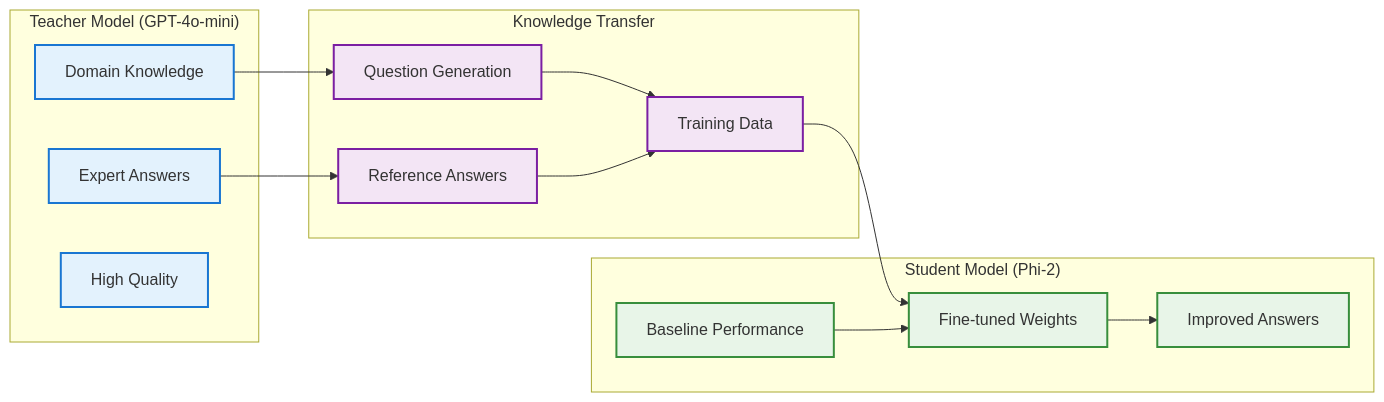
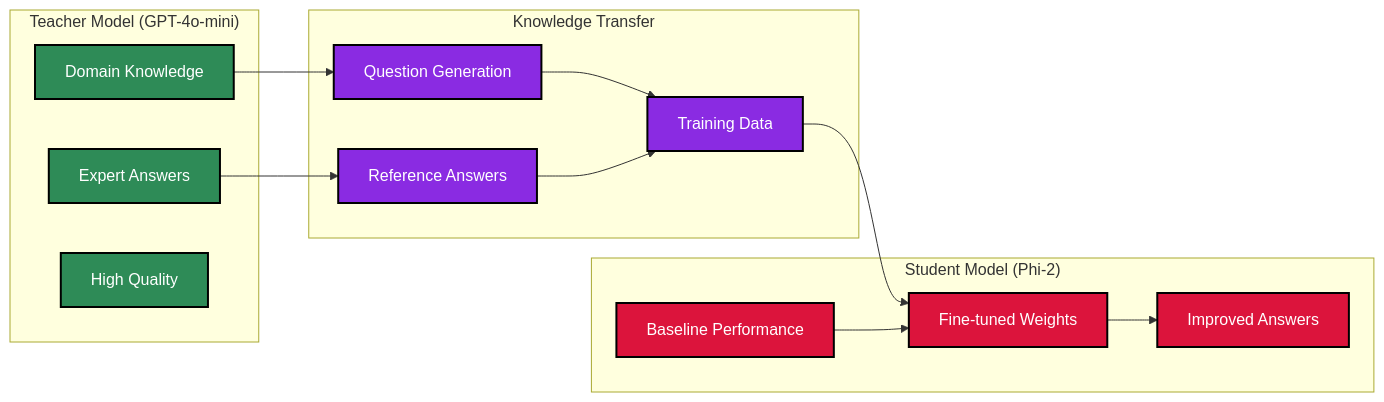
One commit to Gokul-2004/kubernetes-knowledge-distillation-pipeline changed the third of 3 diagrams in README.md. Above: the diagram before and after it, drawn with Mermaid. The commit also changed other lines of this file, not shown here.

Commit message:
Fix Mermaid diagram colors for dark mode readability

````diff
--- a/README.md
+++ b/README.md
@@ -220,36 +220,36 @@
 ```mermaid
 flowchart LR
     subgraph "Teacher Model (GPT-4o-mini)"
         T1[Domain Knowledge]
         T2[Expert Answers]
         T3[High Quality]
     end
     
     subgraph "Knowledge Transfer"
         K1[Question Generation]
         K2[Reference Answers]
         K3[Training Data]
     end
     
     subgraph "Student Model (Phi-2)"
         S1[Baseline Performance]
         S2[Fine-tuned Weights]
         S3[Improved Answers]
     end
     
     T1 --> K1
     T2 --> K2
     K1 --> K3
     K2 --> K3
     K3 --> S2
     S1 --> S2
     S2 --> S3
     
-    classDef teacher fill:#e3f2fd,stroke:#1976d2,stroke-width:2px
-    classDef transfer fill:#f3e5f5,stroke:#7b1fa2,stroke-width:2px
-    classDef student fill:#e8f5e8,stroke:#388e3c,stroke-width:2px
+    classDef teacher fill:#2E8B57,stroke:#000000,stroke-width:2px,color:#FFFFFF
+    classDef transfer fill:#8A2BE2,stroke:#000000,stroke-width:2px,color:#FFFFFF
+    classDef student fill:#DC143C,stroke:#000000,stroke-width:2px,color:#FFFFFF
     
     class T1,T2,T3 teacher
     class K1,K2,K3 transfer
     class S1,S2,S3 student
 ```
````
